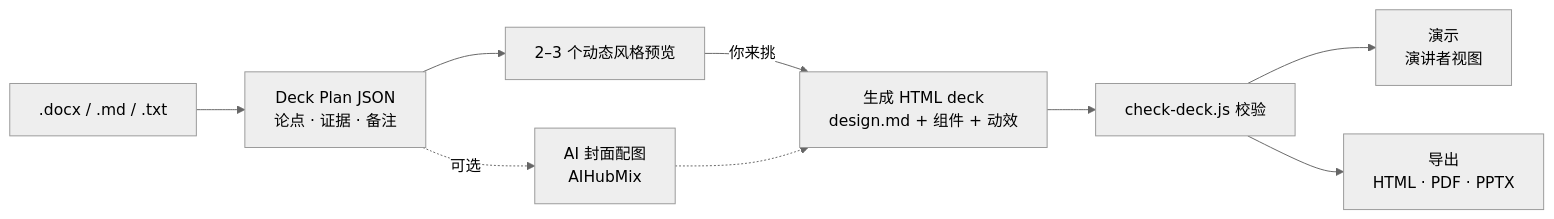
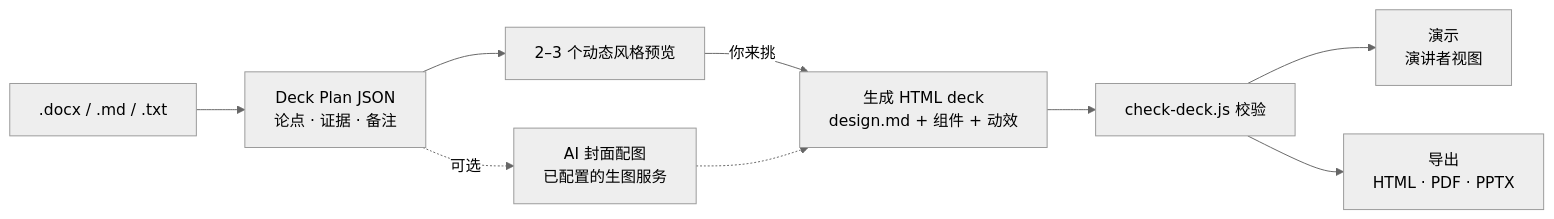
The diagram in README.zh-CN.md (hhuang999/Agent-native-slides), drawn with Mermaid (neutral theme) before and after one commit. The commit also changed other lines of this file and 9 other files, not shown here.

````diff
--- a/README.zh-CN.md
+++ b/README.zh-CN.md
@@ -78,10 +78,10 @@
 ```mermaid
 flowchart LR
   A[".docx / .md / .txt"] --> B["Deck Plan JSON<br/>论点 · 证据 · 备注"]
   B --> C["2–3 个动态风格预览"]
   C -->|你来挑| D["生成 HTML deck<br/>design.md + 组件 + 动效"]
   D --> E["check-deck.js 校验"]
   E --> F["演示<br/>演讲者视图"]
   E --> G["导出<br/>HTML · PDF · PPTX"]
-  B -. 可选 .-> H["AI 封面配图<br/>AIHubMix"] -.-> D
+  B -. 可选 .-> H["AI 封面配图<br/>已配置的生图服务"] -.-> D
 ```
````
